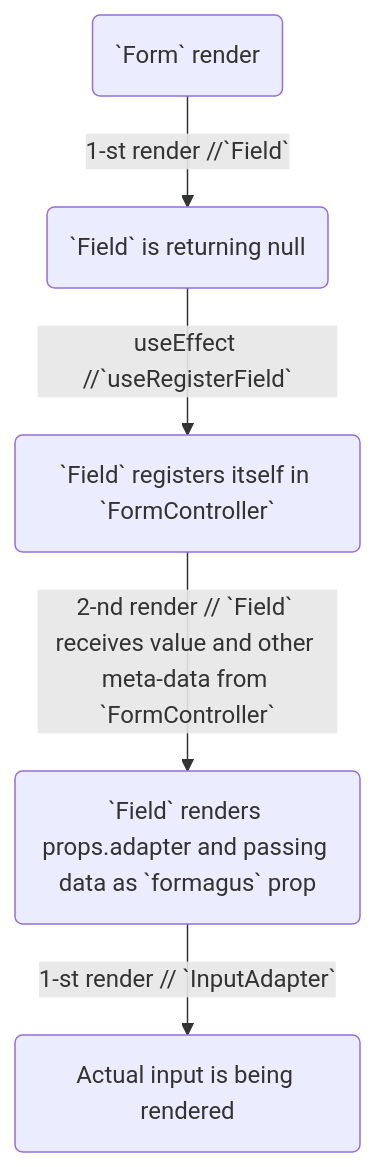
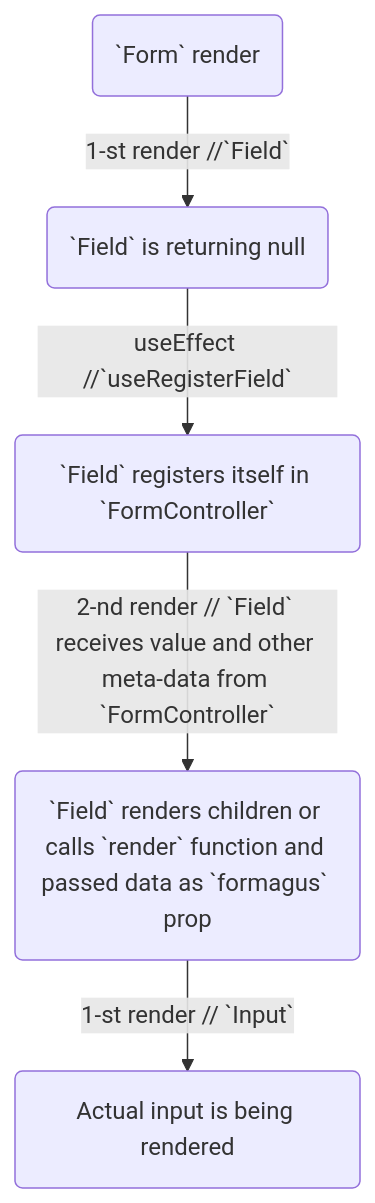
One commit to iaroslavshvets/formagus changed the diagram in packages/docs/docs/index.md. Above: the diagram before and after it, drawn with Mermaid. The commit also changed other lines of this file and 37 other files, not shown here.

Commit message:
add hasValidation meta to field (#89)

````diff
--- a/packages/docs/docs/index.md
+++ b/packages/docs/docs/index.md
@@ -198,8 +200,8 @@
 ```mermaid
 graph TD
 A(`Form` render)
 A -->|1-st render //`Field` | B(`Field` is returning null)
 B -->|useEffect //`useRegisterField`| C(`Field` registers itself in `FormController`)
-C --> |2-nd render // `Field` receives value and other meta-data from `FormController`| D(`Field` renders props.adapter and passing data as `formagus` prop)
-D --> |1-st render // `InputAdapter` | E(Actual input is being rendered)
+C --> |2-nd render // `Field` receives value and other meta-data from `FormController`| D(`Field` renders children or calls `render` function and passed data as `formagus` prop)
+D --> |1-st render // `Input` | E(Actual input is being rendered)
 ```
````
